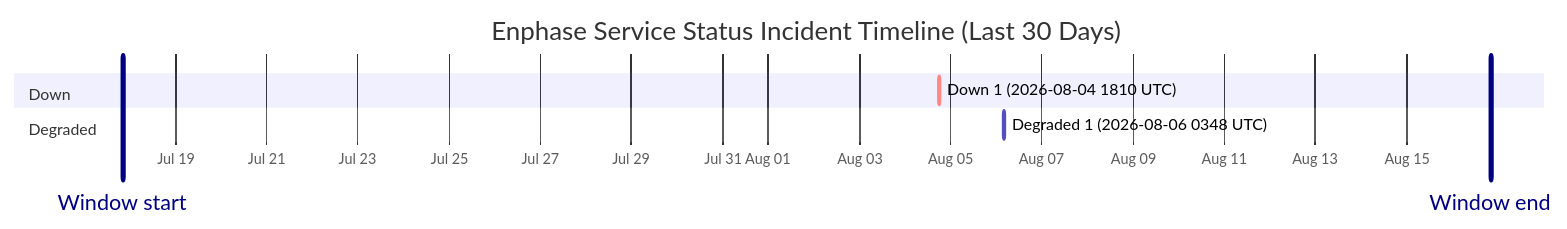
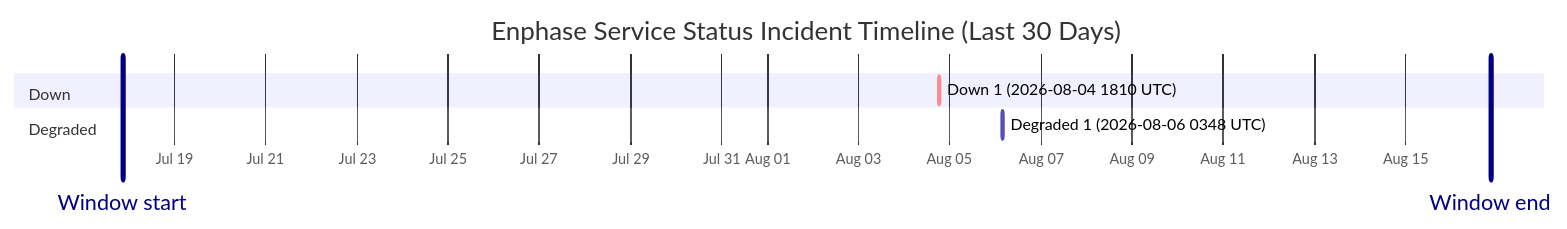
Before and after one commit to barneyonline/ha-enphase-energy: the diagram in wiki/Service-Status-History.md, drawn with Mermaid. The commit also changed other lines of this file and 3 other files, not shown here.

````diff
--- a/wiki/Service-Status-History.md
+++ b/wiki/Service-Status-History.md
@@ -14,12 +14,12 @@
 ```mermaid
 gantt
     title Enphase Service Status Incident Timeline (Last 30 Days)
     dateFormat  YYYY-MM-DDTHH:mm:ss
     axisFormat  %b %d
-    Window start :vert, window-start, 2026-07-17T20:19:13, 0ms
-    Window end :vert, window-end, 2026-08-16T20:19:13, 0ms
+    Window start :vert, window-start, 2026-07-17T20:46:41, 0ms
+    Window end :vert, window-end, 2026-08-16T20:46:41, 0ms
     section Down
     Down 1 (2026-08-04 1810 UTC) :crit, down-1, 2026-08-04T18:10:46, 60m
     section Degraded
     Degraded 1 (2026-08-06 0348 UTC) :active, degraded-1, 2026-08-06T03:48:14, 60m
 ```
````
